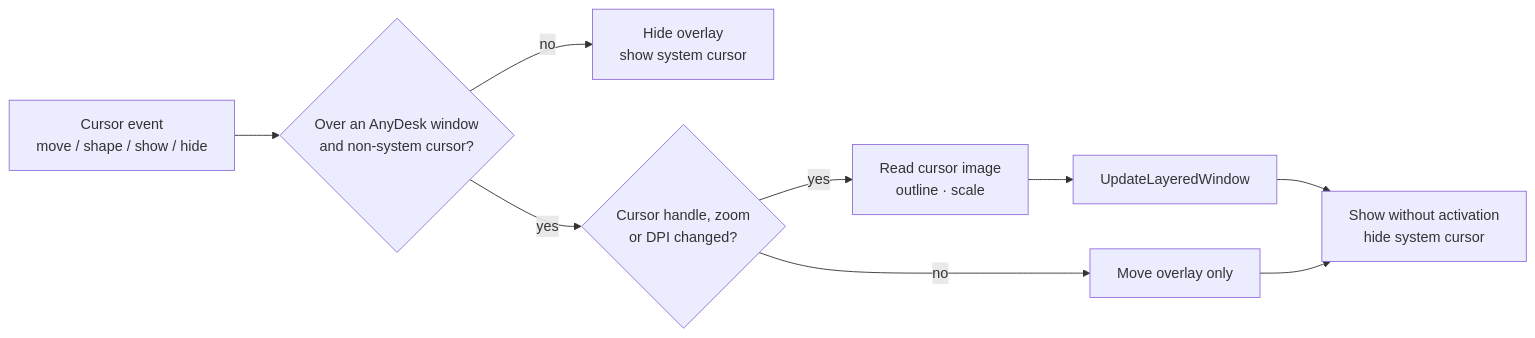
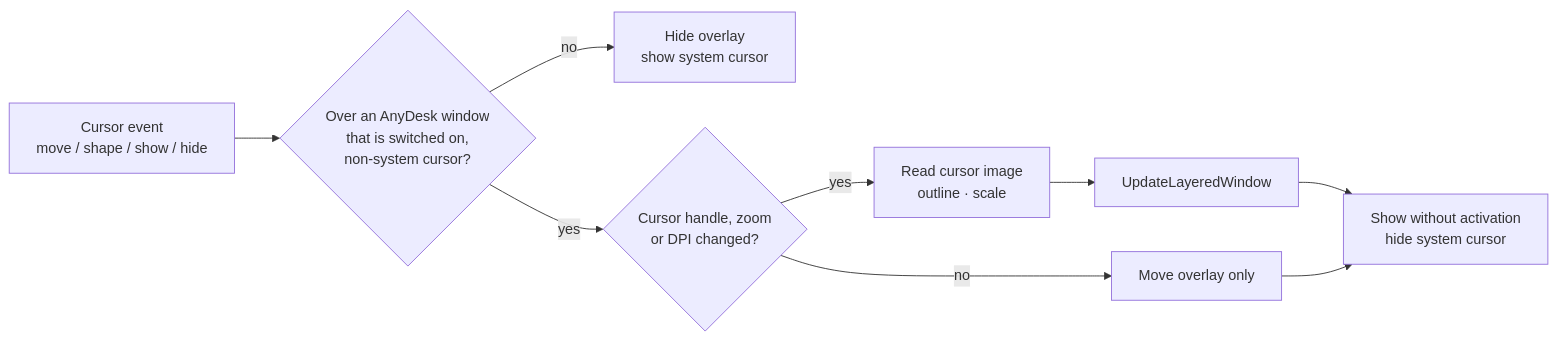
One commit to motwok/DeGhoster changed the diagram in docs/Specification.md. Above: the diagram before and after it, drawn with Mermaid. The commit also changed other lines of this file and 52 other files, not shown here.

First line of the commit message:
feat: list AnyDesk windows as cases; keep hidden ghosts listed

````diff
--- a/docs/Specification.md
+++ b/docs/Specification.md
@@ -192,10 +199,10 @@
 ```mermaid
 flowchart LR
-    E[Cursor event<br/>move / shape / show / hide] --> C{Over an AnyDesk window<br/>and non-system cursor?}
+    E[Cursor event<br/>move / shape / show / hide] --> C{Over an AnyDesk window<br/>that is switched on,<br/>non-system cursor?}
     C -- no --> H[Hide overlay<br/>show system cursor]
     C -- yes --> R{Cursor handle, zoom<br/>or DPI changed?}
     R -- yes --> B[Read cursor image<br/>outline · scale] --> U[UpdateLayeredWindow]
     R -- no --> M[Move overlay only]
     U --> S[Show without activation<br/>hide system cursor]
     M --> S
 ```
````
